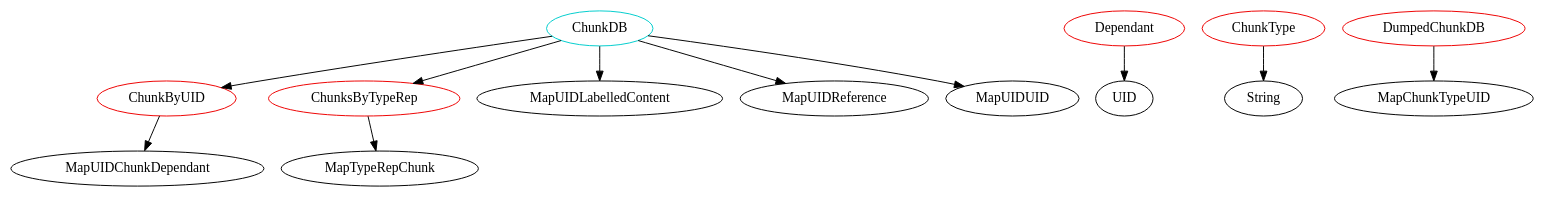
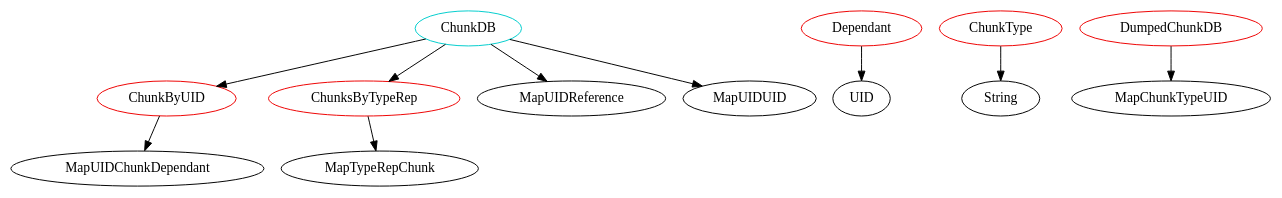
The diagram in analysis/TypeDependencyGraphs/database.dot (JacquesCarette/Drasil), drawn with Graphviz before and after one commit. The commit also changed 692 other files, not shown here.

```diff
--- a/analysis/TypeDependencyGraphs/database.dot
+++ b/analysis/TypeDependencyGraphs/database.dot
@@ -1,38 +1,37 @@
 digraph alltypes {
 	subgraph cunkdbh {
 		subgraph chunkdb{
 		ChunkDB	[shape=oval, color=cyan3, label="ChunkDB"];
 		ChunkDB -> ChunkByUID;
 		ChunkDB -> ChunksByTypeRep;
-		ChunkDB -> MapUIDLabelledContent;
 		ChunkDB -> MapUIDReference;
 		ChunkDB -> MapUIDUID;
 		}
 		subgraph dependant{
 		Dependant	[shape=oval, color=red2, label="Dependant"];
 		Dependant -> UID;
 		}
 		subgraph chunkbyuid{
 		ChunkByUID	[shape=oval, color=red2, label="ChunkByUID"];
 		ChunkByUID -> MapUIDChunkDependant;
 		}
 		subgraph chunksbytyperep{
 		ChunksByTypeRep	[shape=oval, color=red2, label="ChunksByTypeRep"];
 		ChunksByTypeRep -> MapTypeRepChunk;
 		}
 	}
 	subgraph dump {
 		subgraph chunktype{
 		ChunkType	[shape=oval, color=red2, label="ChunkType"];
 		ChunkType -> String;
 		}
 		subgraph dumpedchunkdb{
 		DumpedChunkDB	[shape=oval, color=red2, label="DumpedChunkDB"];
 		DumpedChunkDB -> MapChunkTypeUID;
 		}
 	}
 	subgraph typeduidref {
 	}
 	subgraph drails {
 	}
 }
```
